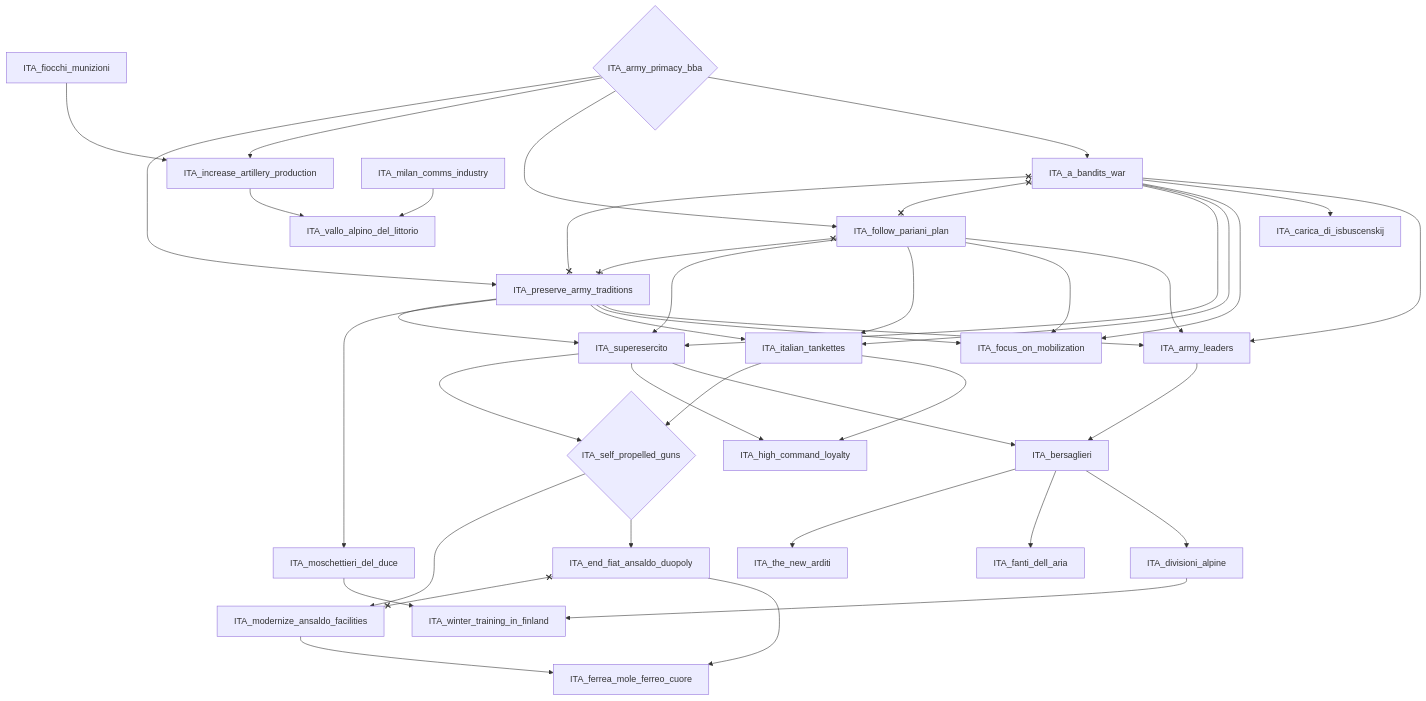
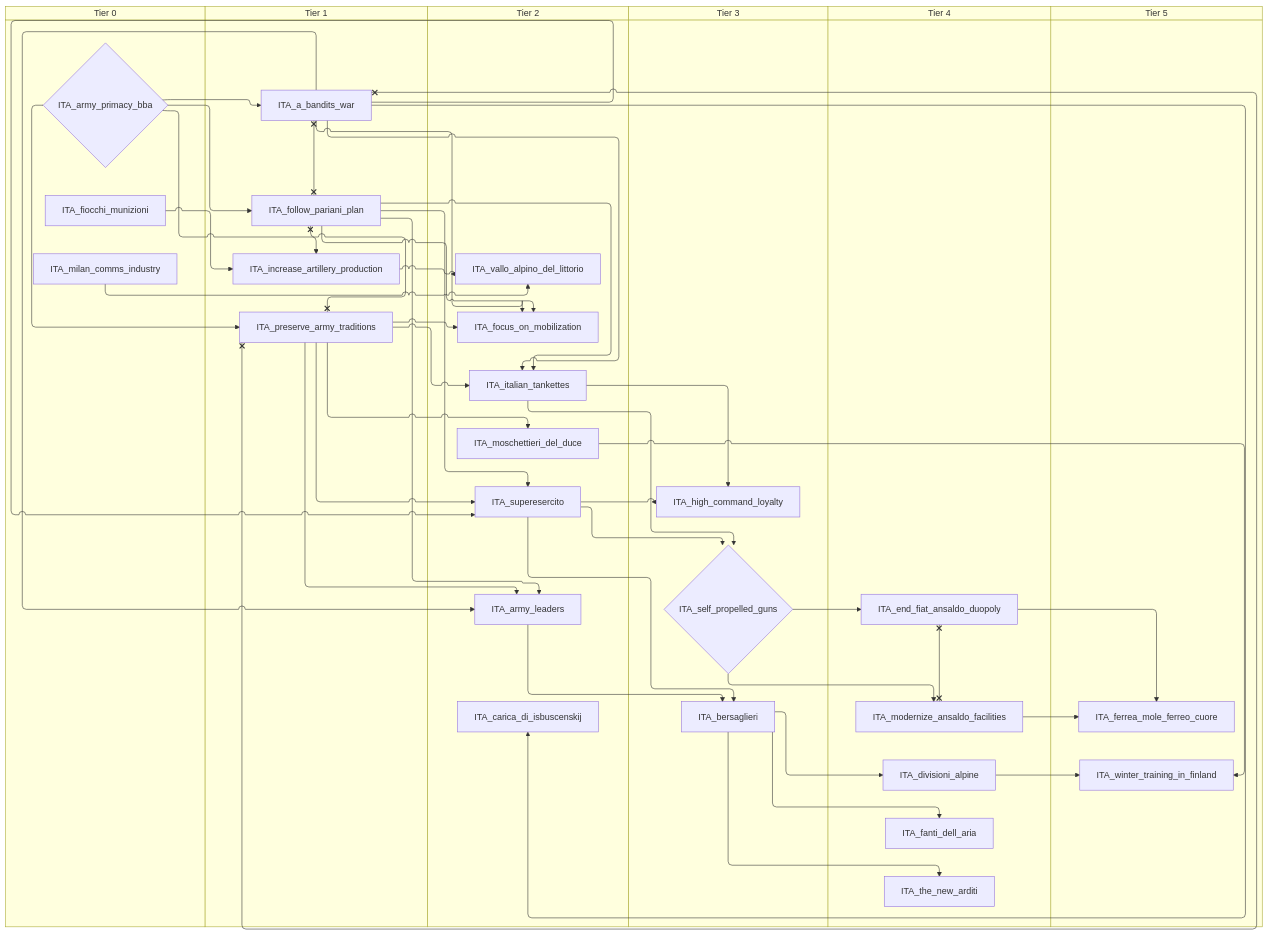
Before and after one commit to evgeny-sobol/hoi4-sandbox-mode-r56: the first of 10 diagrams in docs/gdd/National Focuses/italy.md, drawn with Mermaid. The commit also changed other lines of this file and 423 other files, not shown here.

First line of the commit message:
Re-export Rt56 focus trees as swimlane diagrams

````diff
--- a/docs/gdd/National Focuses/italy.md
+++ b/docs/gdd/National Focuses/italy.md
@@ -3,67 +3,79 @@
 ```mermaid
-flowchart TD
-    n1["ITA_a_bandits_war"]
-    n2["ITA_army_leaders"]
-    n3{"ITA_army_primacy_bba"}
-    n4["ITA_bersaglieri"]
-    n5["ITA_carica_di_isbuscenskij"]
-    n6["ITA_divisioni_alpine"]
-    n7["ITA_end_fiat_ansaldo_duopoly"]
-    n8["ITA_fanti_dell_aria"]
-    n9["ITA_ferrea_mole_ferreo_cuore"]
-    n10["ITA_fiocchi_munizioni"]
-    n11["ITA_focus_on_mobilization"]
-    n12["ITA_follow_pariani_plan"]
-    n13["ITA_high_command_loyalty"]
-    n14["ITA_increase_artillery_production"]
-    n15["ITA_italian_tankettes"]
-    n16["ITA_milan_comms_industry"]
-    n17["ITA_modernize_ansaldo_facilities"]
-    n18["ITA_moschettieri_del_duce"]
-    n19["ITA_preserve_army_traditions"]
-    n20{"ITA_self_propelled_guns"}
-    n21["ITA_superesercito"]
-    n22["ITA_the_new_arditi"]
-    n23["ITA_vallo_alpino_del_littorio"]
-    n24["ITA_winter_training_in_finland"]
-    n3 --> n1
-    n19 --> n2
-    n1 --> n2
-    n12 --> n2
-    n2 --> n4
-    n21 --> n4
+swimlane-beta TD
+    subgraph tier_0["Tier 0"]
+        n1{"ITA_army_primacy_bba"}
+        n2["ITA_fiocchi_munizioni"]
+        n3["ITA_milan_comms_industry"]
+    end
+    subgraph tier_1["Tier 1"]
+        n4["ITA_a_bandits_war"]
+        n5["ITA_follow_pariani_plan"]
+        n6["ITA_increase_artillery_production"]
+        n7["ITA_preserve_army_traditions"]
+    end
+    subgraph tier_2["Tier 2"]
+        n8["ITA_army_leaders"]
+        n9["ITA_carica_di_isbuscenskij"]
+        n10["ITA_focus_on_mobilization"]
+        n11["ITA_italian_tankettes"]
+        n12["ITA_moschettieri_del_duce"]
+        n13["ITA_superesercito"]
+        n14["ITA_vallo_alpino_del_littorio"]
+    end
+    subgraph tier_3["Tier 3"]
+        n15["ITA_bersaglieri"]
+        n16["ITA_high_command_loyalty"]
+        n17{"ITA_self_propelled_guns"}
+    end
+    subgraph tier_4["Tier 4"]
+        n18["ITA_divisioni_alpine"]
+        n19["ITA_end_fiat_ansaldo_duopoly"]
+        n20["ITA_fanti_dell_aria"]
+        n21["ITA_modernize_ansaldo_facilities"]
+        n22["ITA_the_new_arditi"]
+    end
+    subgraph tier_5["Tier 5"]
+        n23["ITA_ferrea_mole_ferreo_cuore"]
+        n24["ITA_winter_training_in_finland"]
+    end
+    n1 --> n4
+    n7 --> n8
+    n4 --> n8
+    n5 --> n8
+    n8 --> n15
+    n13 --> n15
+    n4 --> n9
+    n15 --> n18
+    n17 --> n19
+    n15 --> n20
+    n19 --> n23
+    n21 --> n23
+    n7 --> n10
+    n4 --> n10
+    n5 --> n10
     n1 --> n5
-    n4 --> n6
-    n20 --> n7
-    n4 --> n8
-    n7 --> n9
-    n17 --> n9
-    n19 --> n11
-    n1 --> n11
-    n12 --> n11
-    n3 --> n12
-    n21 --> n13
-    n15 --> n13
-    n10 --> n14
+    n13 --> n16
+    n11 --> n16
+    n2 --> n6
+    n1 --> n6
+    n7 --> n11
+    n4 --> n11
+    n5 --> n11
+    n17 --> n21
+    n7 --> n12
+    n1 --> n7
+    n13 --> n17
+    n11 --> n17
+    n7 --> n13
+    n4 --> n13
+    n5 --> n13
+    n15 --> n22
     n3 --> n14
-    n19 --> n15
-    n1 --> n15
-    n12 --> n15
-    n20 --> n17
-    n19 --> n18
-    n3 --> n19
-    n21 --> n20
-    n15 --> n20
-    n19 --> n21
-    n1 --> n21
-    n12 --> n21
-    n4 --> n22
-    n16 --> n23
-    n14 --> n23
-    n6 --> n24
+    n6 --> n14
     n18 --> n24
-    n1 x--x n12
-    n1 x--x n19
-    n7 x--x n17
-    n12 x--x n19
+    n12 --> n24
+    n4 x--x n5
+    n4 x--x n7
+    n19 x--x n21
+    n5 x--x n7
 ```
````
